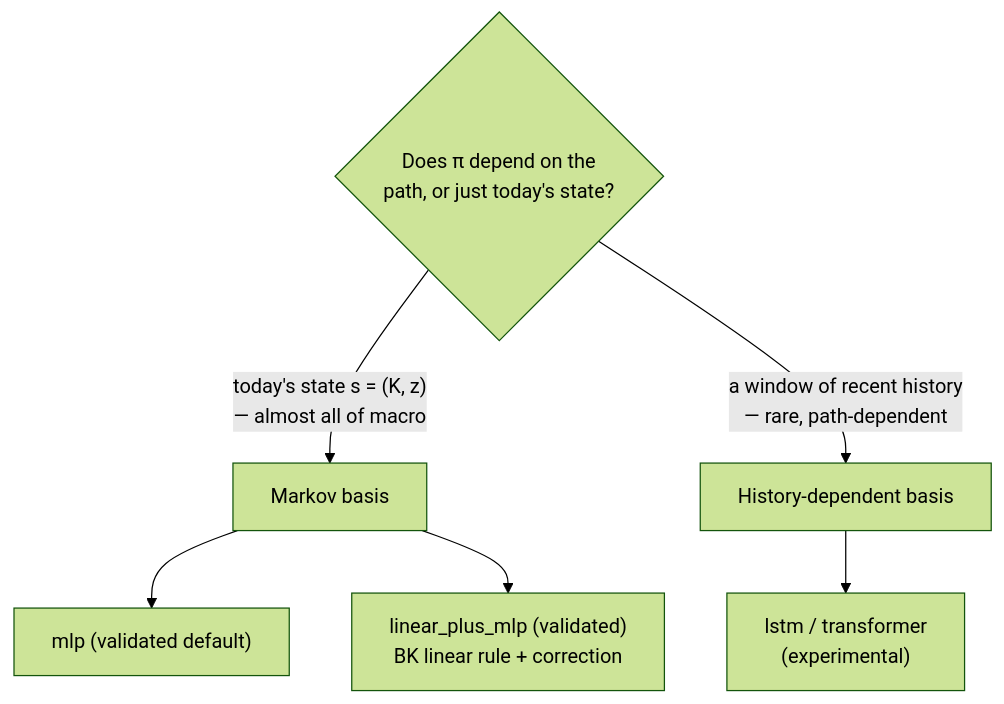
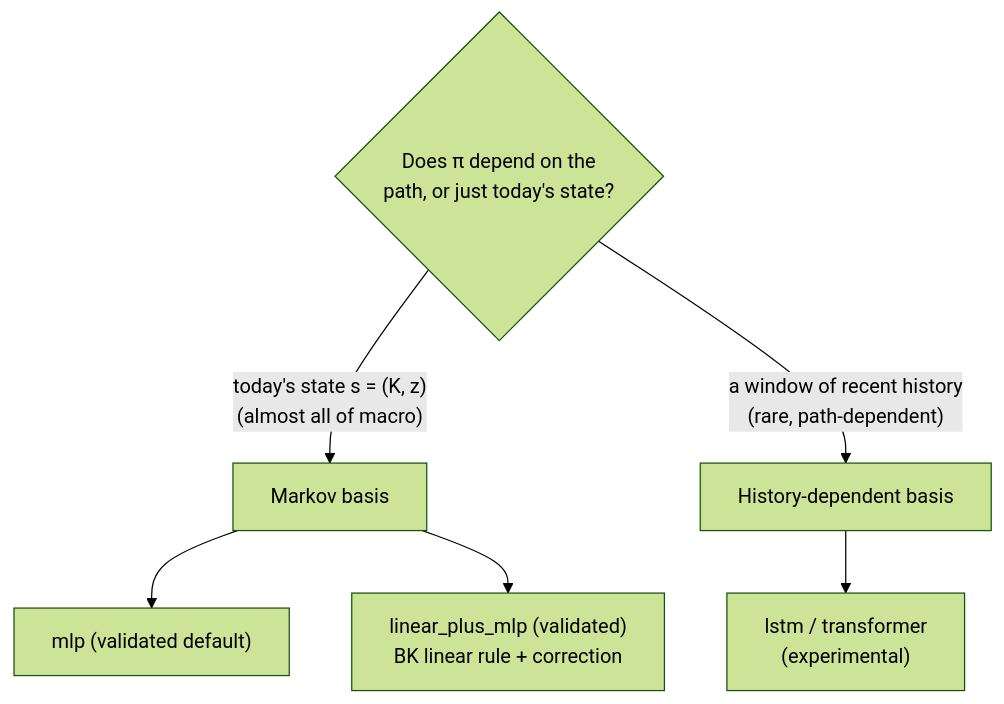
The diagram in docs/site/networks/sequence.md (deqn-jax/deqn-jax), drawn with Mermaid (forest theme) before and after one commit. The commit also changed other lines of this file and 7 other files, not shown here.

````diff
--- a/docs/site/networks/sequence.md
+++ b/docs/site/networks/sequence.md
@@ -14,9 +13,9 @@
 ```mermaid
 flowchart TD
     Q{"Does &pi; depend on the<br/>path, or just today's state?"}
-    Q -->|"today's state s = (K, z)<br/>— almost all of macro"| M["Markov basis"]
-    Q -->|"a window of recent history<br/>— rare, path-dependent"| H["History-dependent basis"]
+    Q -->|"today's state s = (K, z)<br/>(almost all of macro)"| M["Markov basis"]
+    Q -->|"a window of recent history<br/>(rare, path-dependent)"| H["History-dependent basis"]
     M --> MLP["mlp  (validated default)"]
     M --> LPM["linear_plus_mlp  (validated)<br/>BK linear rule + correction"]
     H --> LSTM["lstm / transformer<br/>(experimental)"]
 ```
````
